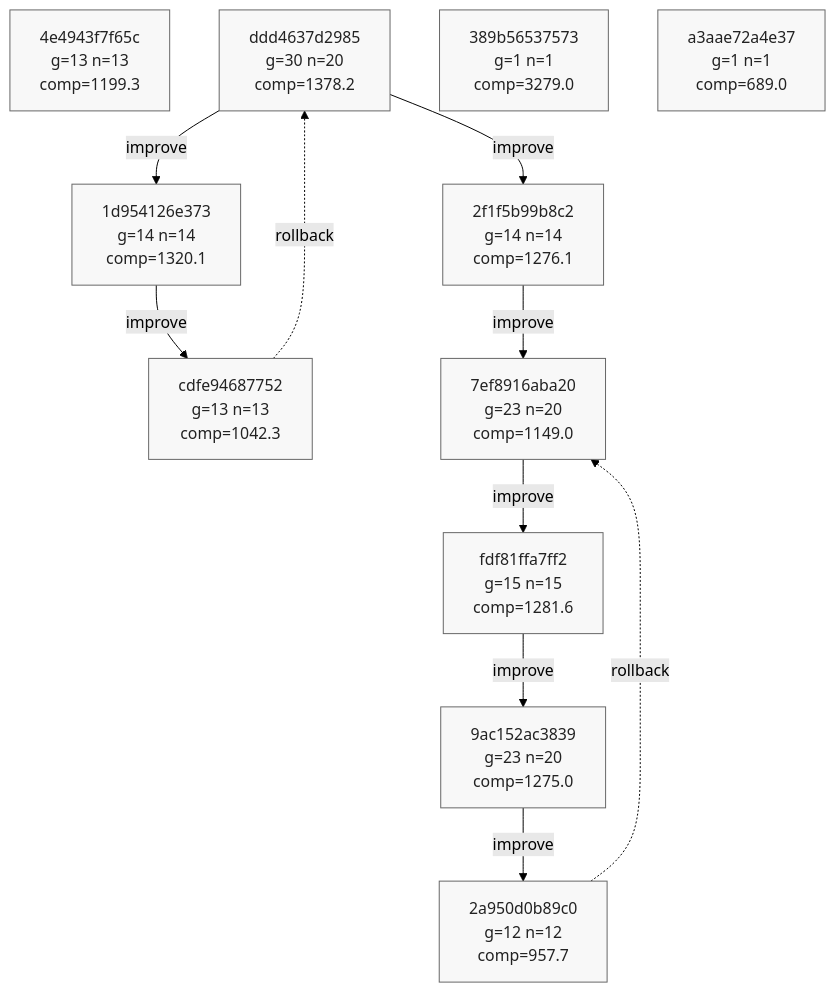
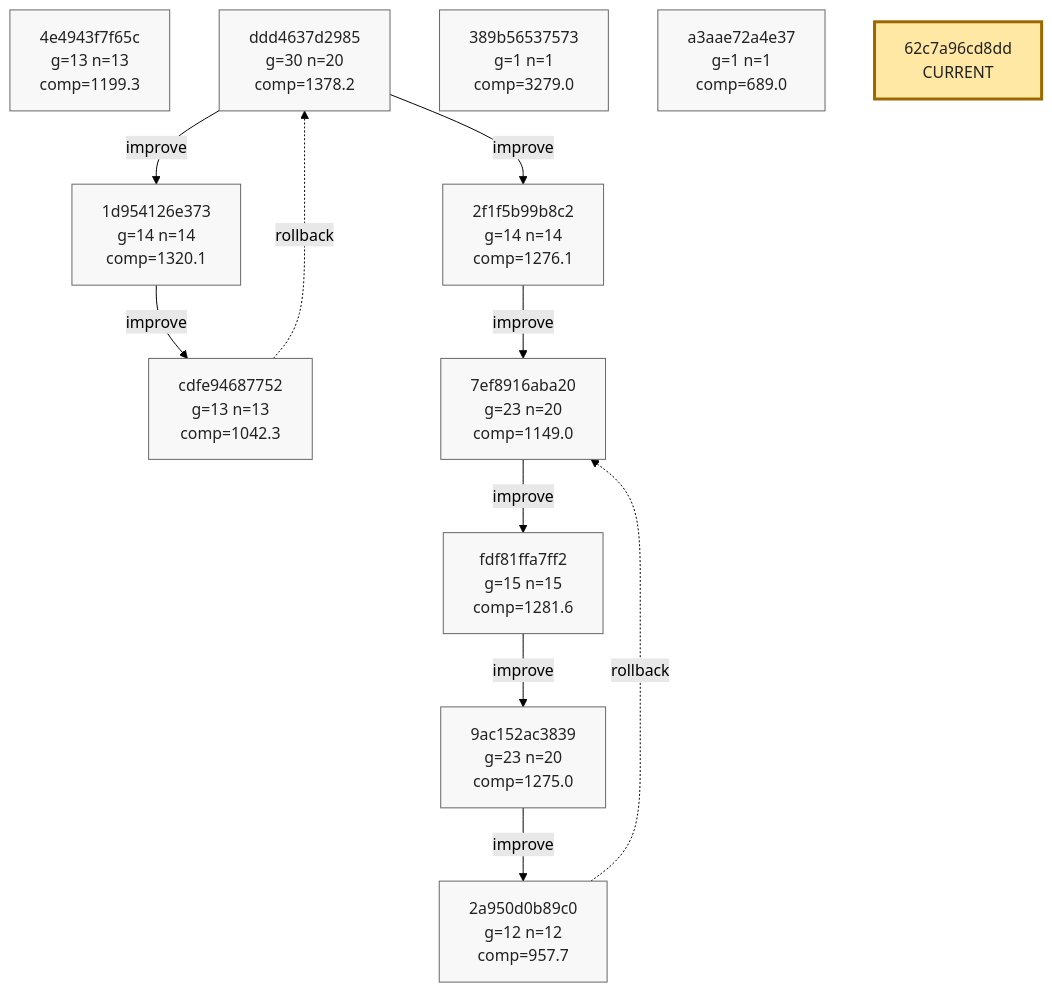
Before and after one commit to azumag/soviet_now: the ninth of 9 diagrams in phyrogenetic-tree.md, drawn with Mermaid (forest theme). The commit also changed other lines of this file and 2 other files, not shown here.

````diff
--- a/phyrogenetic-tree.md
+++ b/phyrogenetic-tree.md
@@ -2237,41 +2239,43 @@
 ```mermaid
 flowchart TD
     h_4e4943f7f65c["4e4943f7f65c<br/>g=13 n=13<br/>comp=1199.3"]
     h_ddd4637d2985["ddd4637d2985<br/>g=30 n=20<br/>comp=1378.2"]
     h_1d954126e373["1d954126e373<br/>g=14 n=14<br/>comp=1320.1"]
     h_cdfe94687752["cdfe94687752<br/>g=13 n=13<br/>comp=1042.3"]
     h_2f1f5b99b8c2["2f1f5b99b8c2<br/>g=14 n=14<br/>comp=1276.1"]
     h_7ef8916aba20["7ef8916aba20<br/>g=23 n=20<br/>comp=1149.0"]
     h_fdf81ffa7ff2["fdf81ffa7ff2<br/>g=15 n=15<br/>comp=1281.6"]
     h_9ac152ac3839["9ac152ac3839<br/>g=23 n=20<br/>comp=1275.0"]
     h_2a950d0b89c0["2a950d0b89c0<br/>g=12 n=12<br/>comp=957.7"]
     h_389b56537573["389b56537573<br/>g=1 n=1<br/>comp=3279.0"]
     h_a3aae72a4e37["a3aae72a4e37<br/>g=1 n=1<br/>comp=689.0"]
+    h_62c7a96cd8dd["62c7a96cd8dd<br/>CURRENT"]
 
     h_ddd4637d2985 -->|improve| h_1d954126e373
     h_1d954126e373 -->|improve| h_cdfe94687752
     h_cdfe94687752 -. rollback .-> h_ddd4637d2985
     h_ddd4637d2985 -->|improve| h_2f1f5b99b8c2
     h_2f1f5b99b8c2 -->|improve| h_7ef8916aba20
     h_7ef8916aba20 -->|improve| h_fdf81ffa7ff2
     h_fdf81ffa7ff2 -->|improve| h_9ac152ac3839
     h_9ac152ac3839 -->|improve| h_2a950d0b89c0
     h_2a950d0b89c0 -. rollback .-> h_7ef8916aba20
 
     classDef plain fill:#f8f8f8,stroke:#666,stroke-width:1px,color:#222;
     classDef current fill:#ffe8a3,stroke:#9a6700,stroke-width:3px,color:#222;
     classDef anchor fill:#d7f5dd,stroke:#1f6f43,stroke-width:3px,color:#222;
     classDef current_anchor fill:#f3e4a8,stroke:#1f6f43,stroke-width:4px,color:#222;
 
     class h_4e4943f7f65c plain;
     class h_ddd4637d2985 plain;
     class h_1d954126e373 plain;
     class h_cdfe94687752 plain;
     class h_2f1f5b99b8c2 plain;
     class h_7ef8916aba20 plain;
     class h_fdf81ffa7ff2 plain;
     class h_9ac152ac3839 plain;
     class h_2a950d0b89c0 plain;
     class h_389b56537573 plain;
     class h_a3aae72a4e37 plain;
+    class h_62c7a96cd8dd current;
 ```
````
